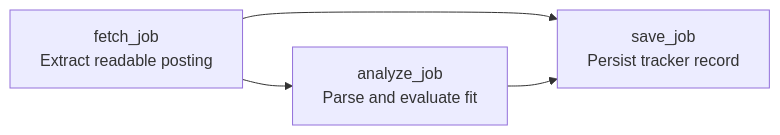
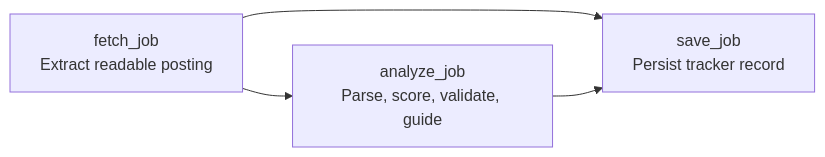
The second of 2 diagrams in README.md (David-ChenH/CareerPilot), drawn with Mermaid before and after one commit. The commit also changed other lines of this file and 2 other files, not shown here.

````diff
--- a/README.md
+++ b/README.md
@@ -77,10 +97,10 @@
 ```mermaid
 flowchart LR
   fetch["fetch_job<br/>Extract readable posting"]
-  analyze["analyze_job<br/>Parse and evaluate fit"]
+  analyze["analyze_job<br/>Parse, score, validate, guide"]
   save["save_job<br/>Persist tracker record"]
 
   fetch --> analyze
   fetch --> save
   analyze --> save
 ```
````
